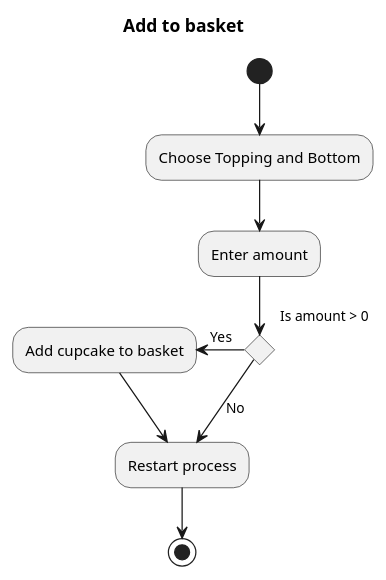
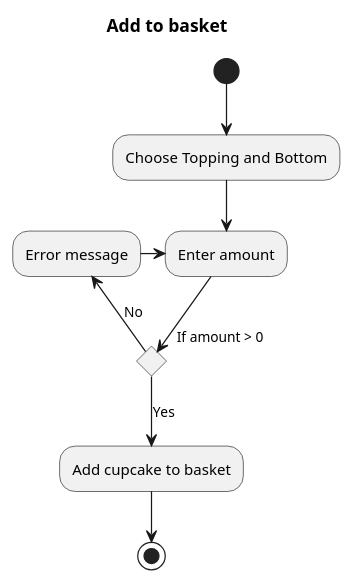
One commit to MivleDK/olskercupcake changed the diagram in OlskerCupcakes/UML/Activity_AddToBasket.puml. Above: the diagram before and after it, drawn with PlantUML. The commit also changed 15 other files, not shown here.

Commit message:
basket quantity validering samt opdateringer til UML

```diff
--- a/OlskerCupcakes/UML/Activity_AddToBasket.puml
+++ b/OlskerCupcakes/UML/Activity_AddToBasket.puml
@@ -1,12 +1,13 @@
 @startuml
 title Add to basket
 (*)  --> "Choose Topping and Bottom"
 --> "Enter amount"
-If "Is amount > 0" then
--left-> [Yes] "Add cupcake to basket"
---> "Restart process"
+If "If amount > 0" then
+--> [Yes] "Add cupcake to basket"
+-->(*)
 else
---> [No] "Restart process"
+--> [No] "Error message"
+"Error message" -right-> Enter amount
 Endif
--->(*)
+
 @enduml
```
